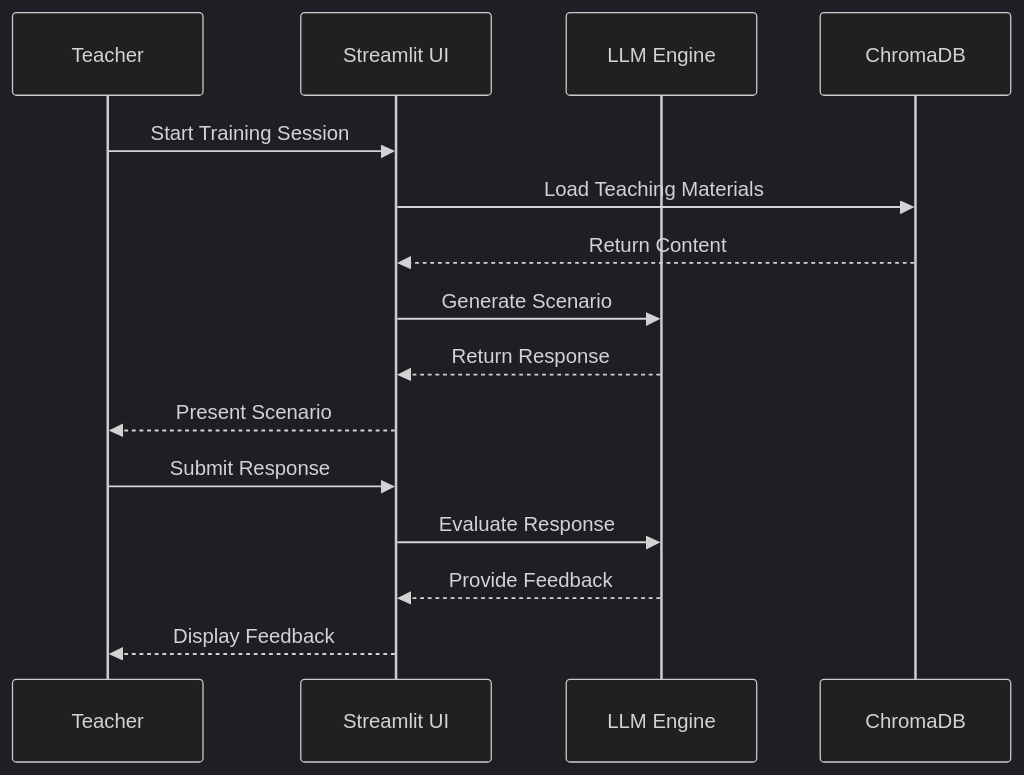
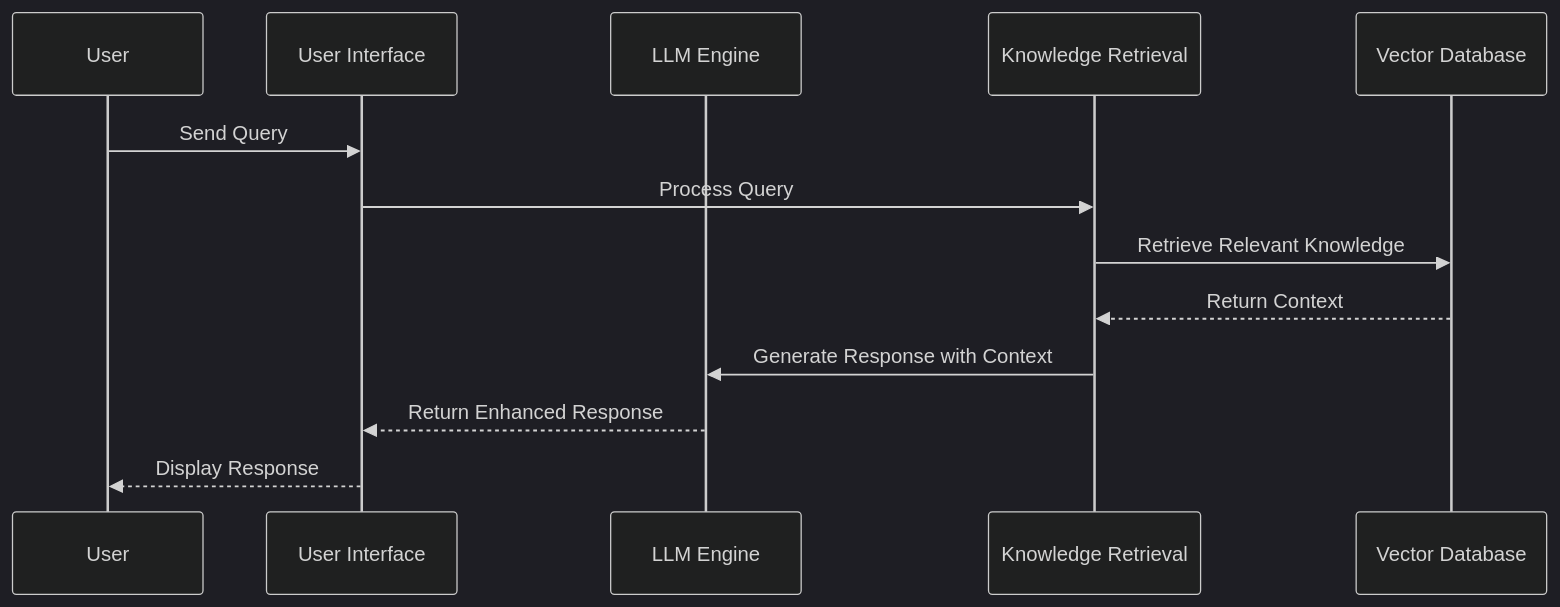
The diagram in LLM-Based-Chatbot-Development-Framework.wiki/Architecture-Guide.md (valyrian24052/Gyan-Setu), drawn with Mermaid (dark theme) before and after one commit. The commit also changed other lines of this file and 4 other files, not shown here.

````diff
--- a/LLM-Based-Chatbot-Development-Framework.wiki/Architecture-Guide.md
+++ b/LLM-Based-Chatbot-Development-Framework.wiki/Architecture-Guide.md
@@ -9,19 +11,16 @@
 ```mermaid
 sequenceDiagram
-    participant T as Teacher
-    participant UI as Streamlit UI
+    participant User
+    participant UI as User Interface
     participant LLM as LLM Engine
-    participant DB as ChromaDB
+    participant KR as Knowledge Retrieval
+    participant VDB as Vector Database
     
-    T->>UI: Start Training Session
-    UI->>DB: Load Teaching Materials
-    DB-->>UI: Return Content
-    UI->>LLM: Generate Scenario
-    LLM-->>UI: Return Response
-    UI-->>T: Present Scenario
-
-    T->>UI: Submit Response
-    UI->>LLM: Evaluate Response
-    LLM-->>UI: Provide Feedback
-    UI-->>T: Display Feedback
+    User->>UI: Send Query
+    UI->>KR: Process Query
+    KR->>VDB: Retrieve Relevant Knowledge
+    VDB-->>KR: Return Context
+    KR->>LLM: Generate Response with Context
+    LLM-->>UI: Return Enhanced Response
+    UI-->>User: Display Response
 ```
````
